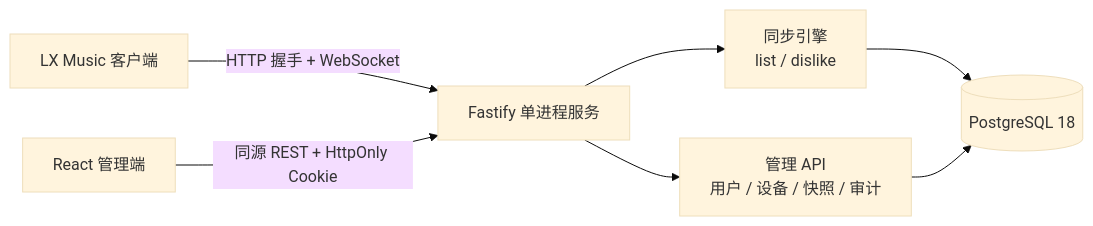
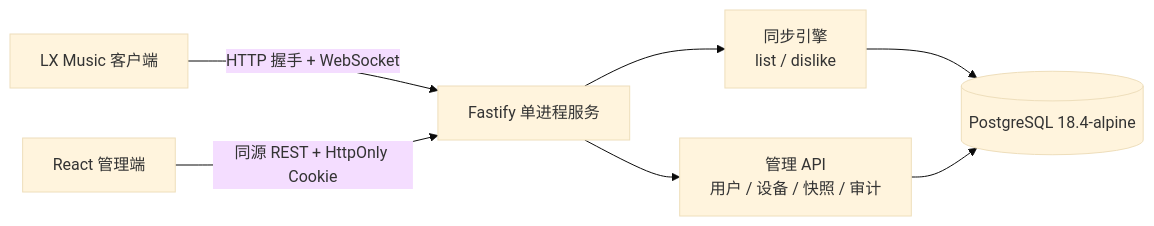
The diagram in README.md (Elykia093/LX-Sync), drawn with Mermaid (base theme) before and after one commit. The commit also changed other lines of this file and 5 other files, not shown here.

Commit message:
Use PostgreSQL 18.4 Alpine baseline and fix JSON errors

````diff
--- a/README.md
+++ b/README.md
@@ -21,9 +21,9 @@
 ```mermaid
 flowchart LR
   LX["LX Music 客户端"] -->|"HTTP 握手 + WebSocket"| S["Fastify 单进程服务"]
   W["React 管理端"] -->|"同源 REST + HttpOnly Cookie"| S
   S --> E["同步引擎\nlist / dislike"]
   S --> A["管理 API\n用户 / 设备 / 快照 / 审计"]
-  E --> P[("PostgreSQL 18")]
+  E --> P[("PostgreSQL 18.4-alpine")]
   A --> P
 ```
````
